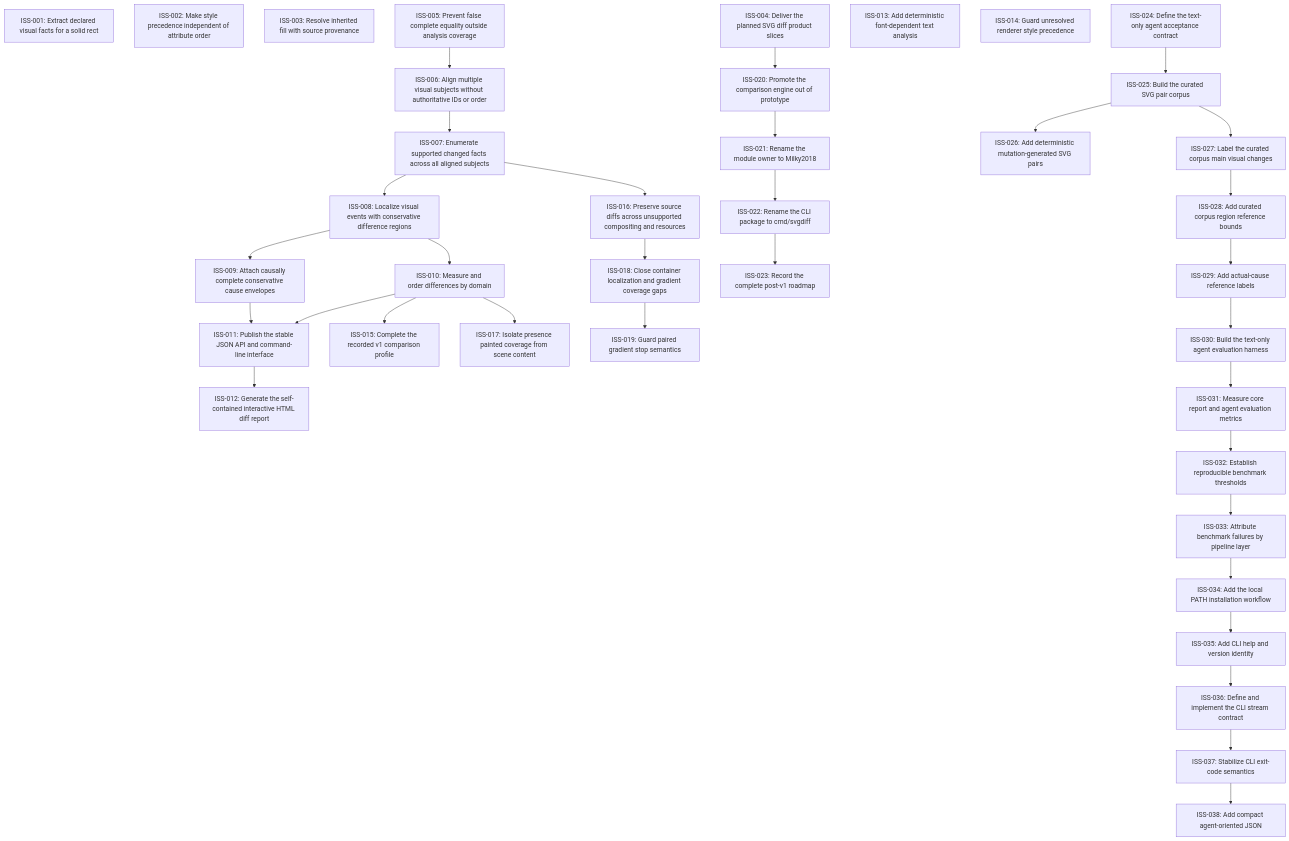
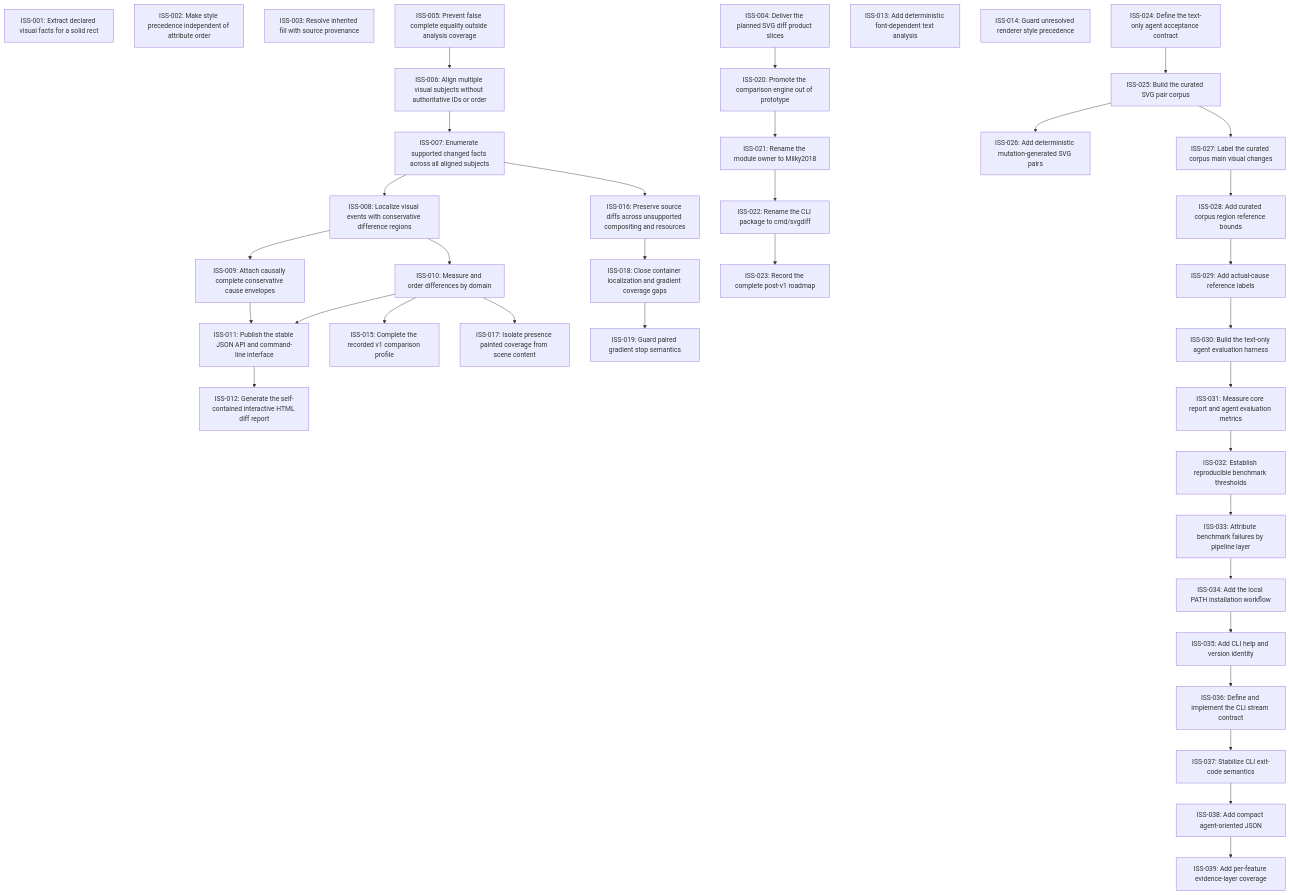
The diagram in issues/README.md (moonbit-community/svgdiff), drawn with Mermaid before and after one commit. The commit also changed 26 other files, not shown here.

Commit message:
Report feature-layer coverage

````diff
--- a/issues/README.md
+++ b/issues/README.md
@@ -18,72 +18,74 @@
 ```mermaid
 graph TD
   ISS_001["ISS-001: Extract declared visual facts for a solid rect"]
   ISS_002["ISS-002: Make style precedence independent of attribute order"]
   ISS_003["ISS-003: Resolve inherited fill with source provenance"]
   ISS_004["ISS-004: Deliver the planned SVG diff product slices"]
   ISS_005["ISS-005: Prevent false complete equality outside analysis coverage"]
   ISS_006["ISS-006: Align multiple visual subjects without authoritative IDs or order"]
   ISS_007["ISS-007: Enumerate supported changed facts across all aligned subjects"]
   ISS_008["ISS-008: Localize visual events with conservative difference regions"]
   ISS_009["ISS-009: Attach causally complete conservative cause envelopes"]
   ISS_010["ISS-010: Measure and order differences by domain"]
   ISS_011["ISS-011: Publish the stable JSON API and command-line interface"]
   ISS_012["ISS-012: Generate the self-contained interactive HTML diff report"]
   ISS_013["ISS-013: Add deterministic font-dependent text analysis"]
   ISS_014["ISS-014: Guard unresolved renderer style precedence"]
   ISS_015["ISS-015: Complete the recorded v1 comparison profile"]
   ISS_016["ISS-016: Preserve source diffs across unsupported compositing and resources"]
   ISS_017["ISS-017: Isolate presence painted coverage from scene content"]
   ISS_018["ISS-018: Close container localization and gradient coverage gaps"]
   ISS_019["ISS-019: Guard paired gradient stop semantics"]
   ISS_020["ISS-020: Promote the comparison engine out of prototype"]
   ISS_021["ISS-021: Rename the module owner to Milky2018"]
   ISS_022["ISS-022: Rename the CLI package to cmd/svgdiff"]
   ISS_023["ISS-023: Record the complete post-v1 roadmap"]
   ISS_024["ISS-024: Define the text-only agent acceptance contract"]
   ISS_025["ISS-025: Build the curated SVG pair corpus"]
   ISS_026["ISS-026: Add deterministic mutation-generated SVG pairs"]
   ISS_027["ISS-027: Label the curated corpus main visual changes"]
   ISS_028["ISS-028: Add curated corpus region reference bounds"]
   ISS_029["ISS-029: Add actual-cause reference labels"]
   ISS_030["ISS-030: Build the text-only agent evaluation harness"]
   ISS_031["ISS-031: Measure core report and agent evaluation metrics"]
   ISS_032["ISS-032: Establish reproducible benchmark thresholds"]
   ISS_033["ISS-033: Attribute benchmark failures by pipeline layer"]
   ISS_034["ISS-034: Add the local PATH installation workflow"]
   ISS_035["ISS-035: Add CLI help and version identity"]
   ISS_036["ISS-036: Define and implement the CLI stream contract"]
   ISS_037["ISS-037: Stabilize CLI exit-code semantics"]
   ISS_038["ISS-038: Add compact agent-oriented JSON"]
+  ISS_039["ISS-039: Add per-feature evidence-layer coverage"]
   ISS_005 --> ISS_006
   ISS_006 --> ISS_007
   ISS_007 --> ISS_008
   ISS_008 --> ISS_009
   ISS_008 --> ISS_010
   ISS_009 --> ISS_011
   ISS_010 --> ISS_011
   ISS_011 --> ISS_012
   ISS_010 --> ISS_015
   ISS_007 --> ISS_016
   ISS_010 --> ISS_017
   ISS_016 --> ISS_018
   ISS_018 --> ISS_019
   ISS_004 --> ISS_020
   ISS_020 --> ISS_021
   ISS_021 --> ISS_022
   ISS_022 --> ISS_023
   ISS_024 --> ISS_025
   ISS_025 --> ISS_026
   ISS_025 --> ISS_027
   ISS_027 --> ISS_028
   ISS_028 --> ISS_029
   ISS_029 --> ISS_030
   ISS_030 --> ISS_031
   ISS_031 --> ISS_032
   ISS_032 --> ISS_033
   ISS_033 --> ISS_034
   ISS_034 --> ISS_035
   ISS_035 --> ISS_036
   ISS_036 --> ISS_037
   ISS_037 --> ISS_038
+  ISS_038 --> ISS_039
 ```
````
